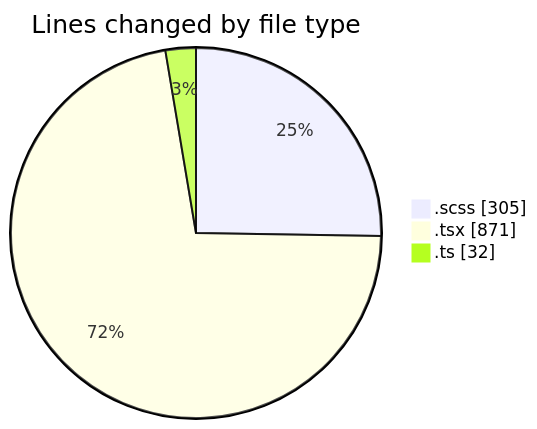
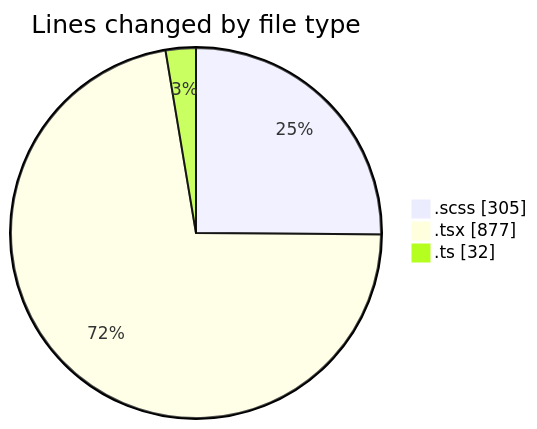
Before and after one commit to momahboobian/code-tracking: the first of 2 diagrams in 2025-03-04/cda/README.md, drawn with Mermaid. The commit also changed other lines of this file and 1 other file, not shown here.

````diff
--- a/2025-03-04/cda/README.md
+++ b/2025-03-04/cda/README.md
@@ -25,7 +25,7 @@
 ```mermaid
 pie showData
 title Lines changed by file type
 ".scss" : 305
-".tsx" : 871
+".tsx" : 877
 ".ts" : 32
 ```
````
